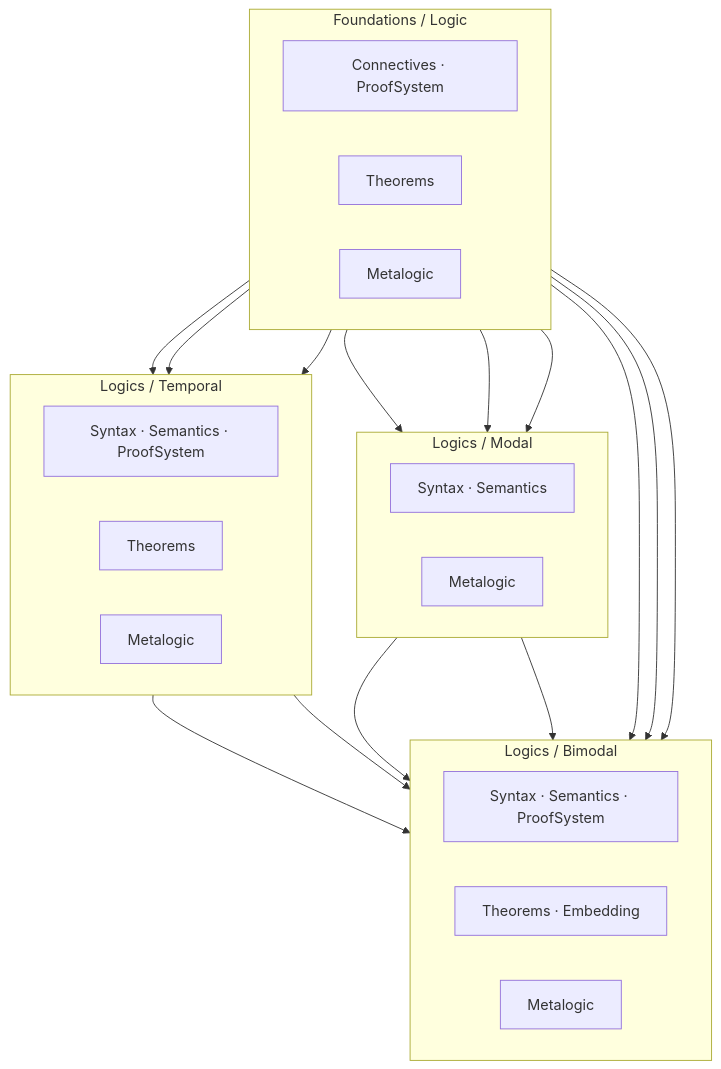
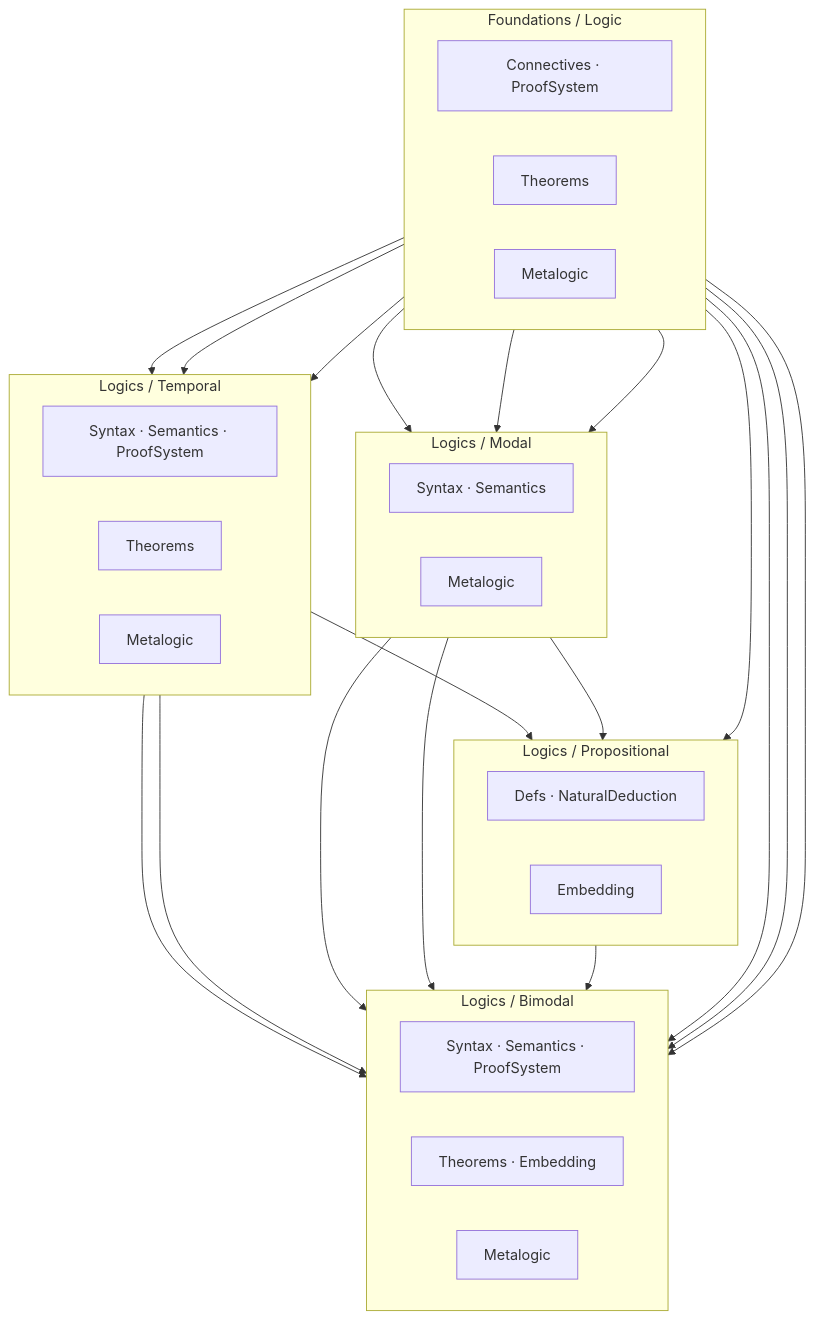
The diagram in specs/ROADMAP.md (benbrastmckie/cslib), drawn with Mermaid before and after one commit. The commit also changed other lines of this file and 5 other files, not shown here.

````diff
--- a/specs/ROADMAP.md
+++ b/specs/ROADMAP.md
@@ -25,38 +28,46 @@
 ```mermaid
 flowchart TB
     subgraph F ["Foundations / Logic"]
         direction LR
         F1["Connectives · ProofSystem"]
         F2["Theorems"]
         F3["Metalogic"]
+    end
+
+    subgraph P ["Logics / Propositional"]
+        direction LR
+        P1["Defs · NaturalDeduction"]
+        P2["Embedding"]
     end
 
     subgraph M ["Logics / Modal"]
         direction LR
         M1["Syntax · Semantics"]
         M2["Metalogic"]
     end
 
     subgraph T ["Logics / Temporal"]
         direction LR
         T1["Syntax · Semantics · ProofSystem"]
         T2["Theorems"]
         T3["Metalogic"]
     end
 
     subgraph B ["Logics / Bimodal"]
         direction LR
         B1["Syntax · Semantics · ProofSystem"]
         B2["Theorems · Embedding"]
         B3["Metalogic"]
     end
 
-    F1 --> M1 & T1 & B1
+    F1 --> P1 & M1 & T1 & B1
     F2 --> M2 & T2 & B2
     F3 --> M2 & T3 & B3
 
-    M1 --> B2
+    M1 --> P2 & B2
+    T1 --> P2
+    T2 --> B2
     M2 --> B3
-    T2 --> B2
     T3 --> B3
+    P2 --> B2
 ```
````
